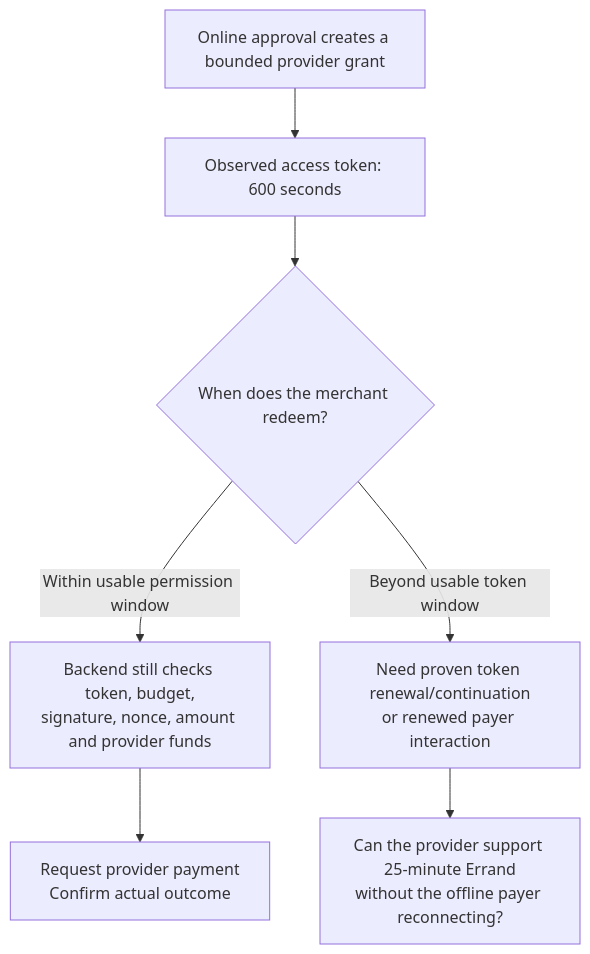
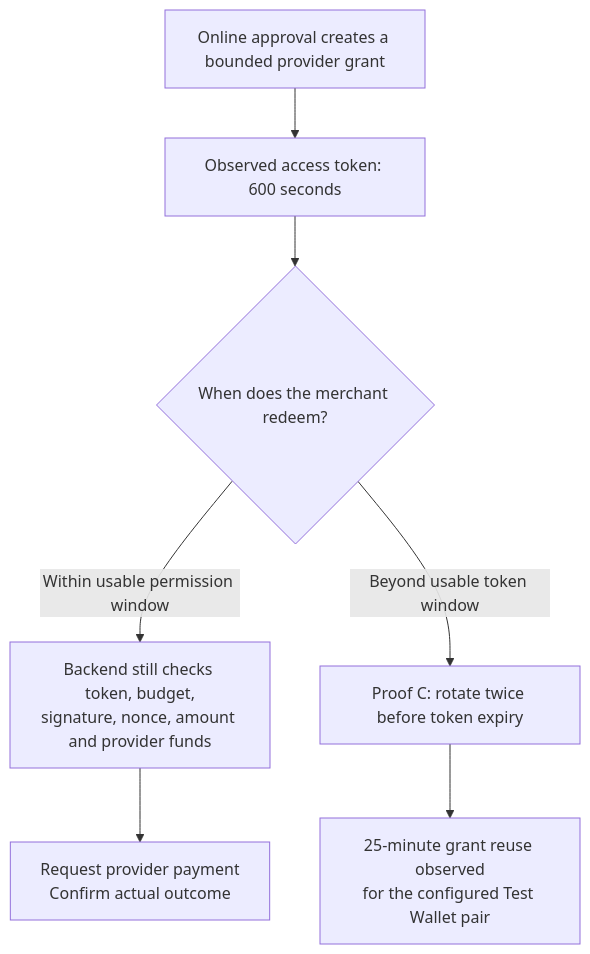
Before and after one commit to MasieJr/Atomic-Commits: the fifth of 5 diagrams in docs/payment-proofs.md, drawn with Mermaid. The commit also changed other lines of this file and 5 other files, not shown here.

Commit message:
documented successful 25 minute payment proof

````diff
--- a/docs/payment-proofs.md
+++ b/docs/payment-proofs.md
@@ -168,9 +168,9 @@
 ```mermaid
 flowchart TD
     Consent["Online approval creates a bounded provider grant"] --> Token["Observed access token: 600 seconds"]
     Token --> Window{"When does the merchant redeem?"}
     Window -->|"Within usable permission window"| Check["Backend still checks token, budget,<br/>signature, nonce, amount and provider funds"]
-    Window -->|"Beyond usable token window"| Renewal["Need proven token renewal/continuation<br/>or renewed payer interaction"]
-    Renewal --> Question["Can the provider support 25-minute Errand<br/>without the offline payer reconnecting?"]
+    Window -->|"Beyond usable token window"| Renewal["Proof C: rotate twice before token expiry"]
+    Renewal --> Question["25-minute grant reuse observed<br/>for the configured Test Wallet pair"]
     Check --> Payment["Request provider payment<br/>Confirm actual outcome"]
 ```
````
